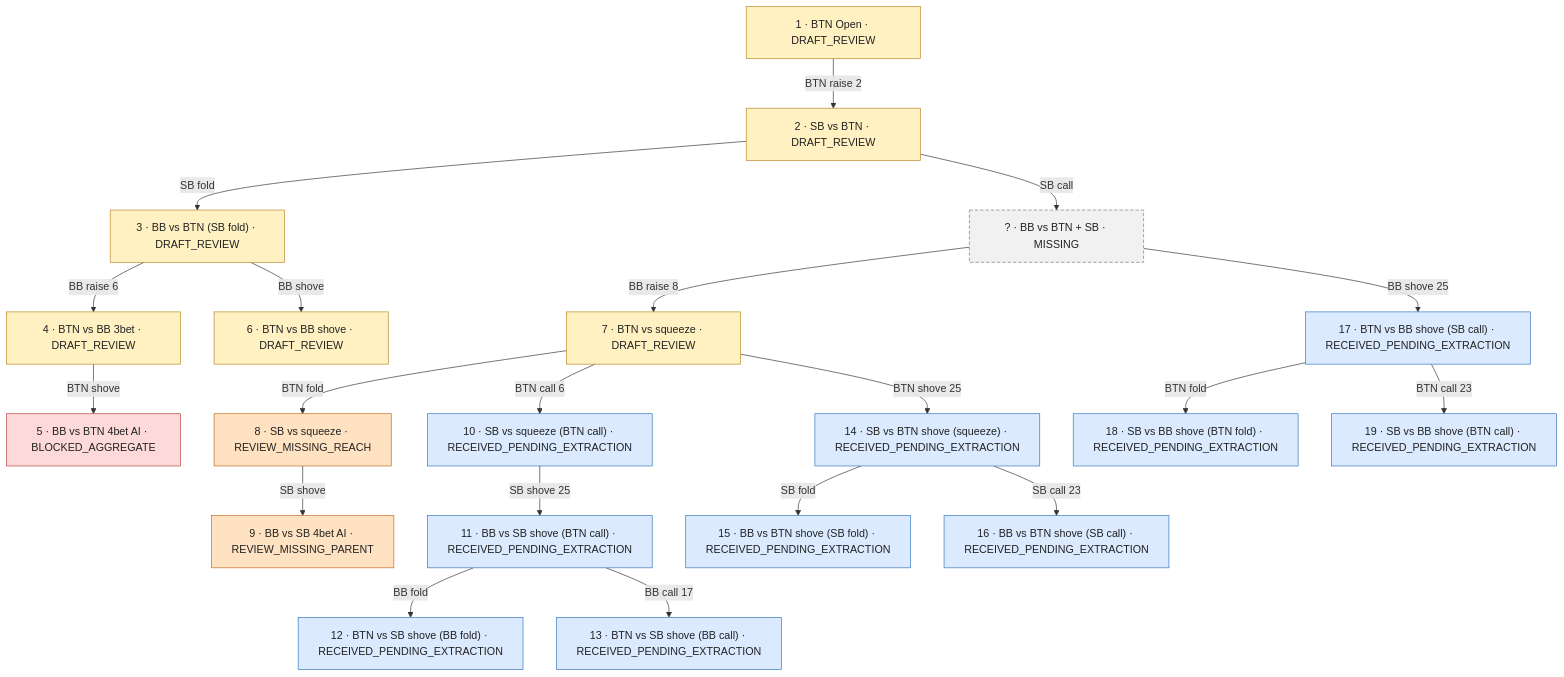
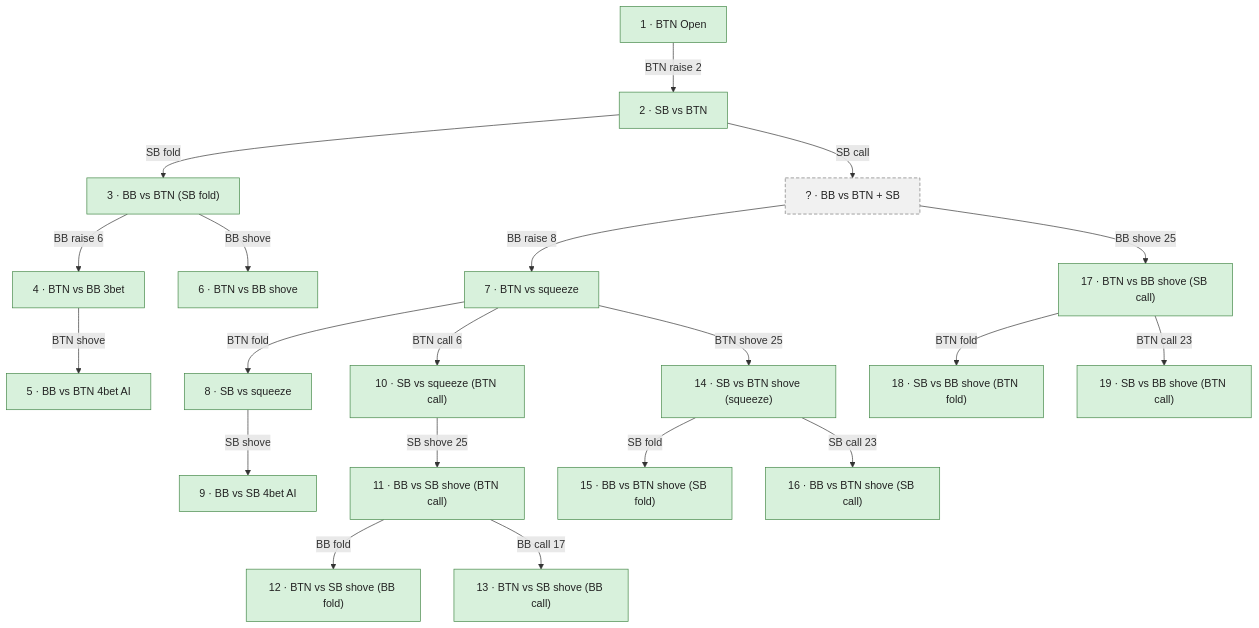
The diagram in docs/PREFLOP_DASHBOARD.md (pmartins87/DeepGT), drawn with Mermaid before and after one commit. The commit also changed other lines of this file, not shown here.

Commit message:
Simplify user dashboard to chart coding progress; keep technical audit separate

````diff
--- a/docs/PREFLOP_DASHBOARD.md
+++ b/docs/PREFLOP_DASHBOARD.md
@@ -77,68 +75,65 @@
 ```mermaid
 flowchart TD
-  N1["1 · BTN Open · DRAFT_REVIEW"]
-  N2["2 · SB vs BTN · DRAFT_REVIEW"]
+  N1["1 · BTN Open"]
+  N2["2 · SB vs BTN"]
   N1 -->|"BTN raise 2"| N2
-  N3["3 · BB vs BTN (SB fold) · DRAFT_REVIEW"]
+  N3["3 · BB vs BTN (SB fold)"]
   N2 -->|"SB fold"| N3
-  N4["4 · BTN vs BB 3bet · DRAFT_REVIEW"]
+  N4["4 · BTN vs BB 3bet"]
   N3 -->|"BB raise 6"| N4
-  N5["5 · BB vs BTN 4bet AI · BLOCKED_AGGREGATE"]
+  N5["5 · BB vs BTN 4bet AI"]
   N4 -->|"BTN shove"| N5
-  N6["6 · BTN vs BB shove · DRAFT_REVIEW"]
+  N6["6 · BTN vs BB shove"]
   N3 -->|"BB shove"| N6
-  N7["7 · BTN vs squeeze · DRAFT_REVIEW"]
+  N7["7 · BTN vs squeeze"]
   N10 -->|"BB raise 8"| N7
-  N8["8 · SB vs squeeze · REVIEW_MISSING_REACH"]
+  N8["8 · SB vs squeeze"]
   N7 -->|"BTN fold"| N8
-  N9["9 · BB vs SB 4bet AI · REVIEW_MISSING_PARENT"]
+  N9["9 · BB vs SB 4bet AI"]
   N8 -->|"SB shove"| N9
-  N10["? · BB vs BTN + SB · MISSING"]
+  N10["? · BB vs BTN + SB"]
   N2 -->|"SB call"| N10
-  N11["10 · SB vs squeeze (BTN call) · RECEIVED_PENDING_EXTRACTION"]
+  N11["10 · SB vs squeeze (BTN call)"]
   N7 -->|"BTN call 6"| N11
-  N12["11 · BB vs SB shove (BTN call) · RECEIVED_PENDING_EXTRACTION"]
+  N12["11 · BB vs SB shove (BTN call)"]
   N11 -->|"SB shove 25"| N12
-  N13["12 · BTN vs SB shove (BB fold) · RECEIVED_PENDING_EXTRACTION"]
+  N13["12 · BTN vs SB shove (BB fold)"]
   N12 -->|"BB fold"| N13
-  N14["13 · BTN vs SB shove (BB call) · RECEIVED_PENDING_EXTRACTION"]
+  N14["13 · BTN vs SB shove (BB call)"]
   N12 -->|"BB call 17"| N14
-  N15["14 · SB vs BTN shove (squeeze) · RECEIVED_PENDING_EXTRACTION"]
+  N15["14 · SB vs BTN shove (squeeze)"]
   N7 -->|"BTN shove 25"| N15
-  N16["15 · BB vs BTN shove (SB fold) · RECEIVED_PENDING_EXTRACTION"]
+  N16["15 · BB vs BTN shove (SB fold)"]
   N15 -->|"SB fold"| N16
-  N17["16 · BB vs BTN shove (SB call) · RECEIVED_PENDING_EXTRACTION"]
+  N17["16 · BB vs BTN shove (SB call)"]
   N15 -->|"SB call 23"| N17
-  N18["17 · BTN vs BB shove (SB call) · RECEIVED_PENDING_EXTRACTION"]
+  N18["17 · BTN vs BB shove (SB call)"]
   N10 -->|"BB shove 25"| N18
-  N19["18 · SB vs BB shove (BTN fold) · RECEIVED_PENDING_EXTRACTION"]
+  N19["18 · SB vs BB shove (BTN fold)"]
   N18 -->|"BTN fold"| N19
-  N20["19 · SB vs BB shove (BTN call) · RECEIVED_PENDING_EXTRACTION"]
+  N20["19 · SB vs BB shove (BTN call)"]
   N18 -->|"BTN call 23"| N20
+  classDef coded fill:#d8f1dc,stroke:#438747,color:#222
+  classDef pending fill:#f1f1f1,stroke:#777,stroke-dasharray:5 3,color:#222
   classDef received fill:#dbeafe,stroke:#3477bc,color:#222
-  classDef draft fill:#fff1c2,stroke:#b88728,color:#222
-  classDef blocked fill:#fdd9d9,stroke:#bd4242,color:#222
-  classDef pending fill:#f1f1f1,stroke:#777,stroke-dasharray:5 3,color:#222
-  classDef special fill:#ffe2c1,stroke:#c56a22,color:#222
-  classDef done fill:#d8f1dc,stroke:#438747,color:#222
-  class N1 draft
-  class N2 draft
-  class N3 draft
-  class N4 draft
-  class N5 blocked
-  class N6 draft
-  class N7 draft
-  class N8 special
-  class N9 special
+  class N1 coded
+  class N2 coded
+  class N3 coded
+  class N4 coded
+  class N5 coded
+  class N6 coded
+  class N7 coded
+  class N8 coded
+  class N9 coded
   class N10 pending
-  class N11 received
-  class N12 received
-  class N13 received
-  class N14 received
-  class N15 received
-  class N16 received
-  class N17 received
-  class N18 received
-  class N19 received
-  class N20 received
+  class N11 coded
+  class N12 coded
+  class N13 coded
+  class N14 coded
+  class N15 coded
+  class N16 coded
+  class N17 coded
+  class N18 coded
+  class N19 coded
+  class N20 coded
 ```
````
